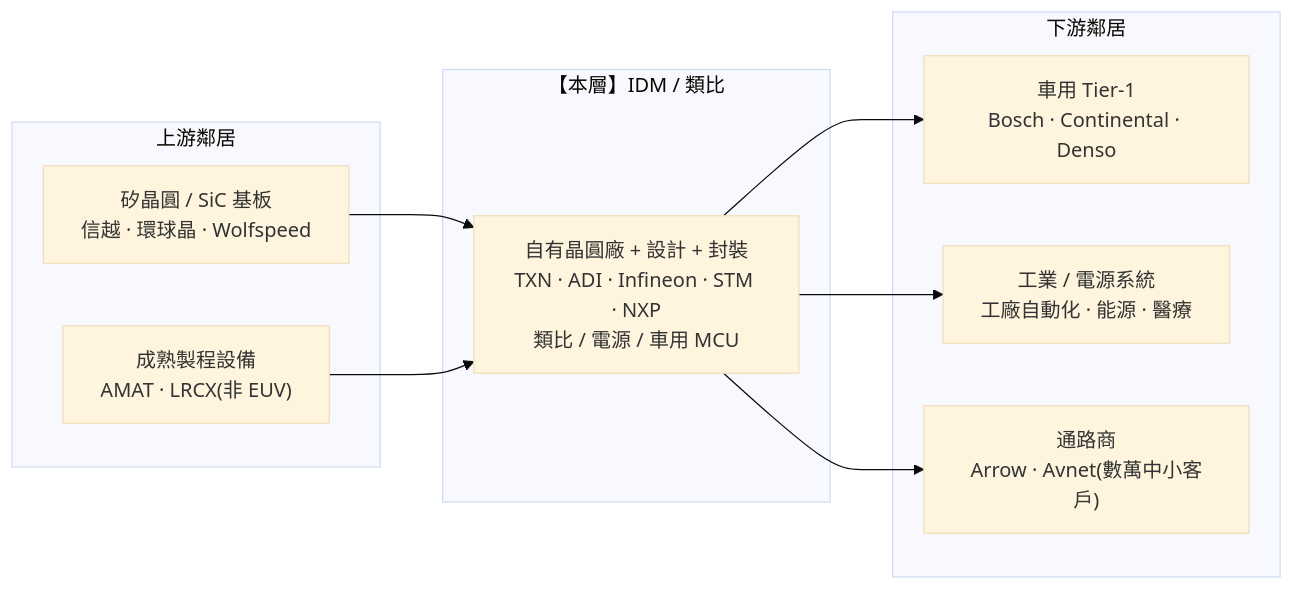
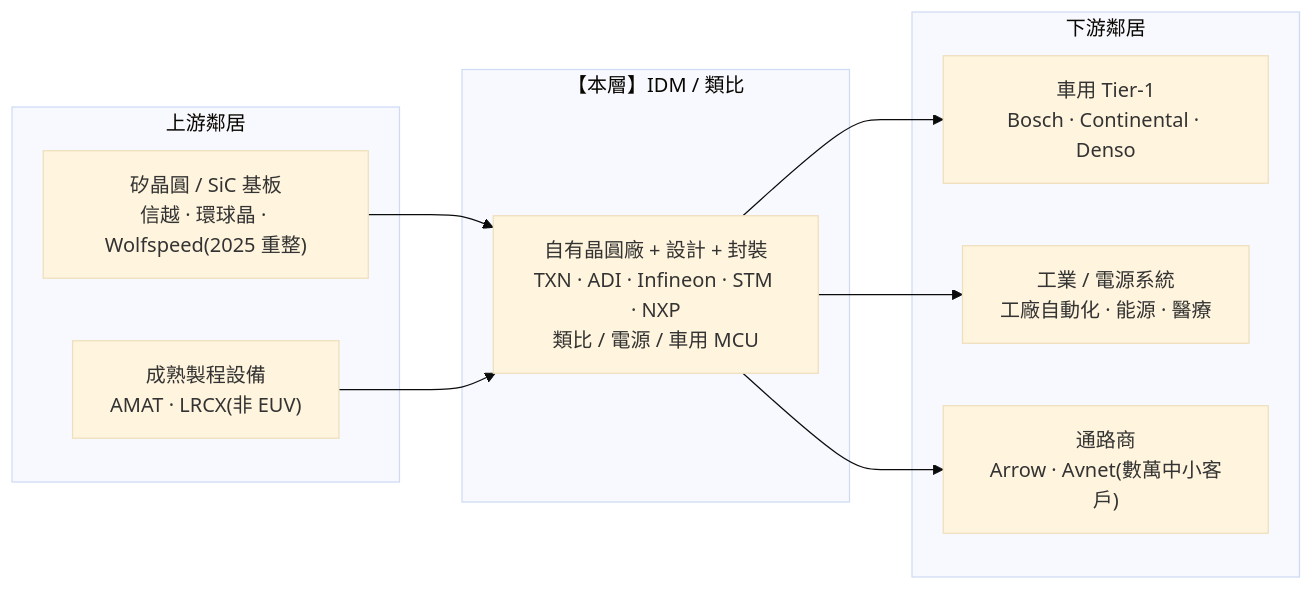
The diagram in content/posts/industry-map-semiconductor-part9-idm-analog-zh.md (yennanliu/yennj12_blog_V4), drawn with Mermaid (base theme) before and after one commit. The commit also changed other lines of this file and 302 other files, not shown here.

````diff
--- a/content/posts/industry-map-semiconductor-part9-idm-analog-zh.md
+++ b/content/posts/industry-map-semiconductor-part9-idm-analog-zh.md
@@ -27,20 +27,20 @@
 ```mermaid
 flowchart LR
     subgraph UP["上游鄰居"]
-        WAFER["矽晶圓 / SiC 基板<br/>信越 · 環球晶 · Wolfspeed"]
+        WAFER["矽晶圓 / SiC 基板<br/>信越 · 環球晶 · Wolfspeed(2025 重整)"]
         EQ["成熟製程設備<br/>AMAT · LRCX(非 EUV)"]
     end
     subgraph THIS["【本層】IDM / 類比"]
         IDM["自有晶圓廠 + 設計 + 封裝<br/>TXN · ADI · Infineon · STM · NXP<br/>類比 / 電源 / 車用 MCU"]
     end
     subgraph DOWN["下游鄰居"]
         AUTO["車用 Tier-1<br/>Bosch · Continental · Denso"]
         IND["工業 / 電源系統<br/>工廠自動化 · 能源 · 醫療"]
         DIST["通路商<br/>Arrow · Avnet(數萬中小客戶)"]
     end
     WAFER --> IDM
     EQ --> IDM
     IDM --> AUTO
     IDM --> IND
     IDM --> DIST
 ```
````
